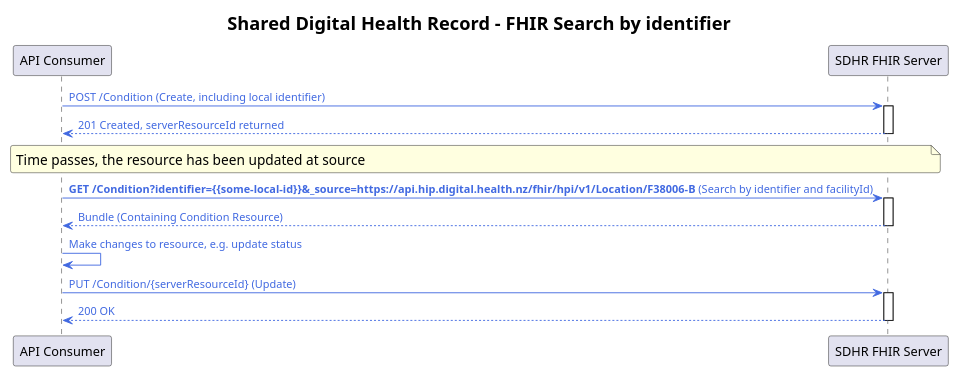
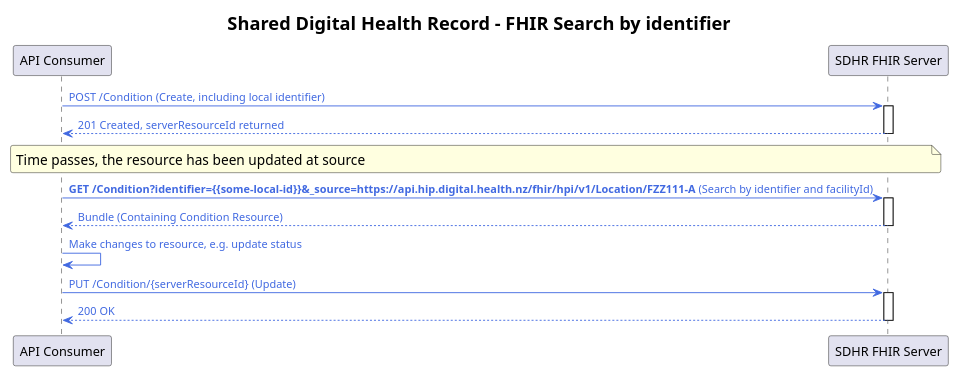
Before and after one commit to tewhatuora/fhir-sdhr: the diagram in input/images-source/search-by-identifier.plantuml, drawn with PlantUML. The commit also changed 8 other files, not shown here.

```diff
--- a/input/images-source/search-by-identifier.plantuml
+++ b/input/images-source/search-by-identifier.plantuml
@@ -1,52 +1,52 @@
 @startuml
 
 skinparam dpi 100 
 scale max 300 width
 
 skinparam ActivityDiamondBackgroundColor #RoyalBlue
 skinparam ArrowColor #RoyalBlue   
 skinparam ArrowFontColor #RoyalBlue   
 skinparam ArrowFontSize 12
 skinparam ArrowMessageAlignment right
 skinparam BoxPadding 10
 skinparam ClassFontSize 16
 skinparam ClassFontStyle bold
 skinparam ClassStereotypeFontSize 16
 skinparam dpi 300
 skinparam FooterFontSize 14
 skinparam FooterFontStyle italic
 skinparam LegendBackgroundColor #Snow
 skinparam LegendFontName Helvetica
 skinparam LegendFontSize 16
 skinparam linetype ortho
 skinparam nodesep 70
 skinparam NoteBackgroundColor #LightYellow
 skinparam NoteFontSize 15
 skinparam NoteTextAlignment left
 skinparam ranksep 60
 skinparam roundcorner 5
 skinparam TitleFontSize 20
 
 title "Shared Digital Health Record - FHIR Search by identifier"
 
 participant "API Consumer" as Client
 participant "SDHR FHIR Server" as Server
 
 Client -> Server: POST /Condition (Create, including local identifier)
 activate Server
 Server --> Client: 201 Created, serverResourceId returned
 deactivate Server
 
 note over Client, Server: Time passes, the resource has been updated at source
 
-Client -> Server: **GET /Condition?identifier={{some-local-id}}&_source=https://api.hip.digital.health.nz/fhir/hpi/v1/Location/F38006-B** (Search by identifier and facilityId)
+Client -> Server: **GET /Condition?identifier={{some-local-id}}&_source=https://api.hip.digital.health.nz/fhir/hpi/v1/Location/FZZ111-A** (Search by identifier and facilityId)
 activate Server
 Server --> Client: Bundle (Containing Condition Resource)
 deactivate Server
 Client -> Client: Make changes to resource, e.g. update status
 Client -> Server: PUT /Condition/{serverResourceId} (Update)
 activate Server
 Server --> Client: 200 OK
 deactivate Server
 
 @enduml
```
